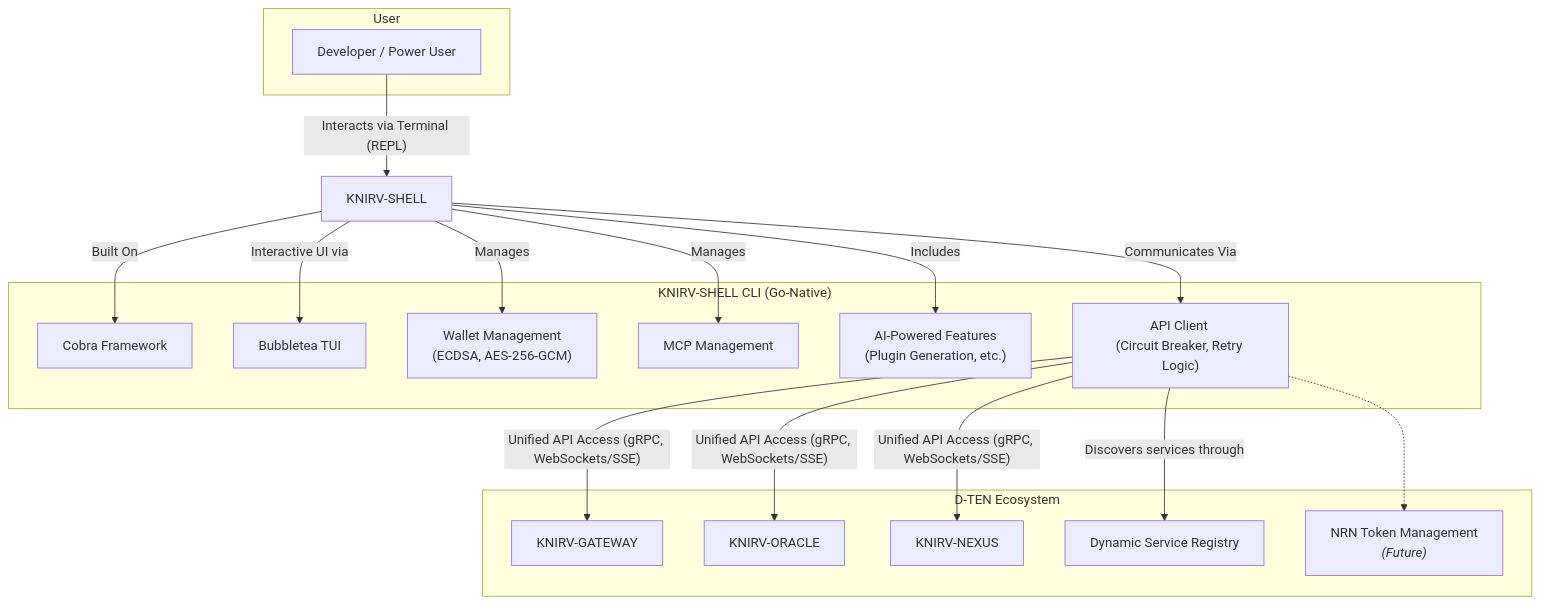
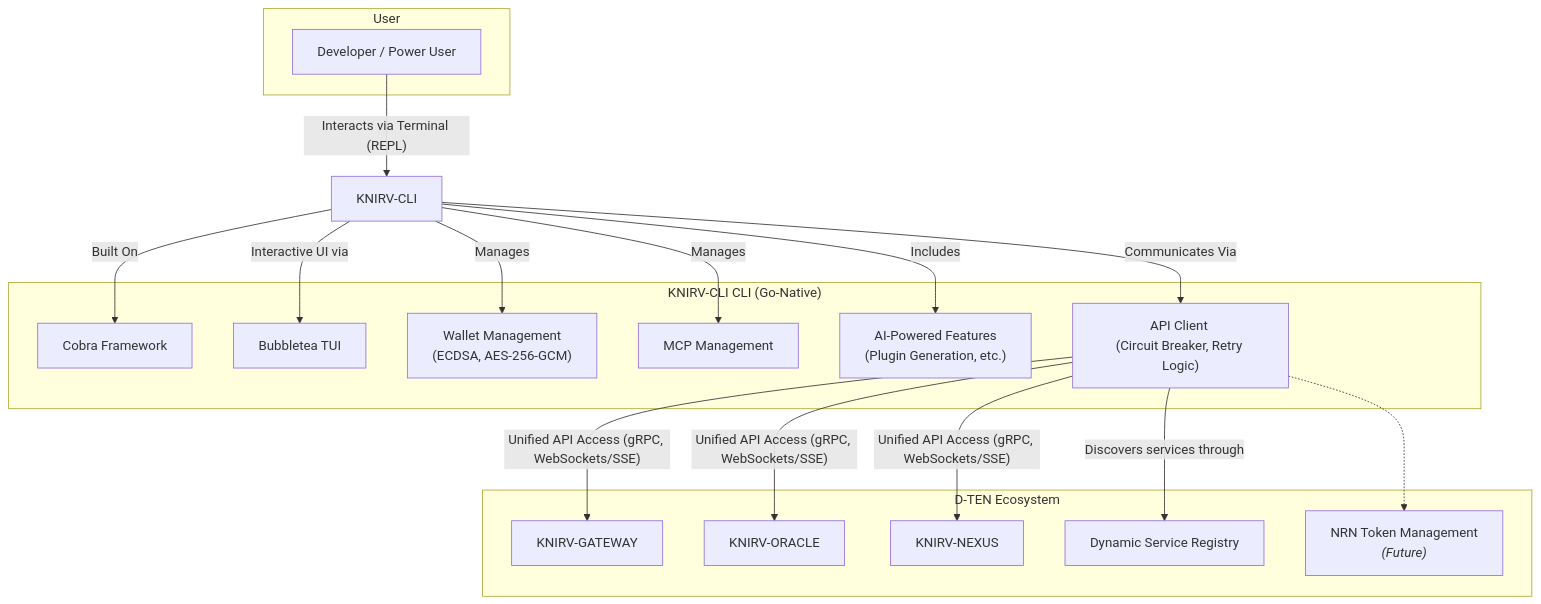
The diagram in KNIRVGATEWAY/documentation/docsify/whitepapers/KNIRV-SDK_Whitepaper.md (guiperry/KNIRV_NETWORK), drawn with Mermaid before and after one commit. The commit also changed other lines of this file and 1506 other files, not shown here.

````diff
--- a/KNIRVGATEWAY/documentation/docsify/whitepapers/KNIRV-SDK_Whitepaper.md
+++ b/KNIRVGATEWAY/documentation/docsify/whitepapers/KNIRV-SDK_Whitepaper.md
@@ -429,40 +429,40 @@
 ```mermaid
 graph TD
     subgraph "User"
         U[Developer / Power User]
     end
 
-    subgraph "KNIRV-SHELL CLI (Go-Native)"
+    subgraph "KNIRV-CLI CLI (Go-Native)"
         A[Cobra Framework]
         B[Bubbletea TUI]
         C["Wallet Management <br/>(ECDSA, AES-256-GCM)"]
         D[MCP Management]
         E["AI-Powered Features <br/>(Plugin Generation, etc.)"]
         F["API Client <br/>(Circuit Breaker, Retry Logic)"]
     end
 
     subgraph "D-TEN Ecosystem"
         G[KNIRV-GATEWAY]
         H[KNIRV-ORACLE]
         I[KNIRV-NEXUS]
         J[Dynamic Service Registry]
         K["NRN Token Management <br/><i>(Future)</i>"]
     end
 
-    U -- "Interacts via Terminal (REPL)" --> KNIRV-SHELL
+    U -- "Interacts via Terminal (REPL)" --> KNIRV-CLI
 
-    KNIRV-SHELL -- "Built On" --> A
-    KNIRV-SHELL -- "Interactive UI via" --> B
-    KNIRV-SHELL -- "Manages" --> C
-    KNIRV-SHELL -- "Manages" --> D
-    KNIRV-SHELL -- "Includes" --> E
-    KNIRV-SHELL -- "Communicates Via" --> F
+    KNIRV-CLI -- "Built On" --> A
+    KNIRV-CLI -- "Interactive UI via" --> B
+    KNIRV-CLI -- "Manages" --> C
+    KNIRV-CLI -- "Manages" --> D
+    KNIRV-CLI -- "Includes" --> E
+    KNIRV-CLI -- "Communicates Via" --> F
 
     F -- "Unified API Access (gRPC, WebSockets/SSE)" --> G
     F -- "Unified API Access (gRPC, WebSockets/SSE)" --> H
     F -- "Unified API Access (gRPC, WebSockets/SSE)" --> I
 
     F -- "Discovers services through" --> J
     F -.-> K
 
 ```
````
